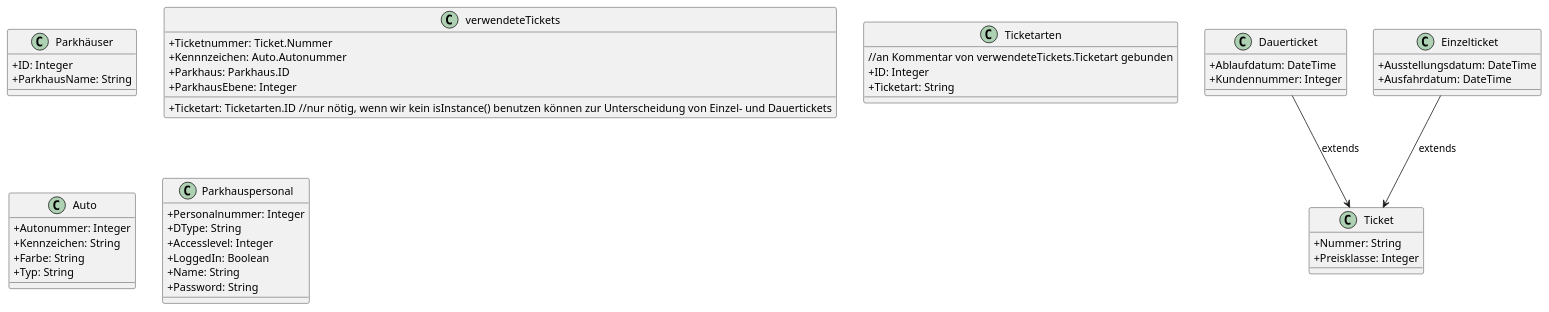
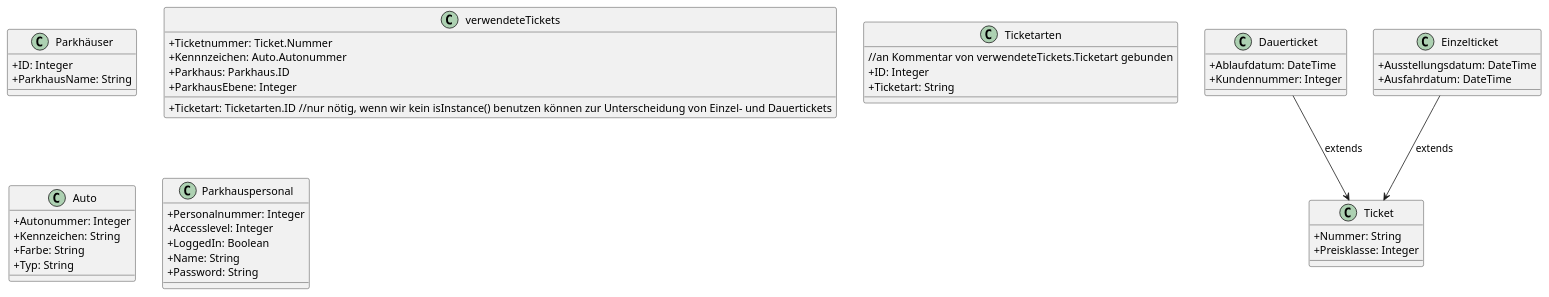
One commit to SilverLous/Software-EngineeringProject changed the diagram in src/main/UML/Datenbankstruktur.puml. Above: the diagram before and after it, drawn with PlantUML.

Commit message:
added Autos and Parkhauspersonal to Datenbankstruktur.puml

```diff
--- a/src/main/UML/Datenbankstruktur.puml
+++ b/src/main/UML/Datenbankstruktur.puml
@@ -1,56 +1,55 @@
 @startuml
 skinparam classAttributeIconSize 0
 
 class Parkhäuser {
   +ID: Integer
   +ParkhausName: String
 }
 
 class Ticket {
   +Nummer: String
   +Preisklasse: Integer
 }
 
 class Dauerticket{
   +Ablaufdatum: DateTime
   +Kundennummer: Integer
 }
 
 class Einzelticket {
   +Ausstellungsdatum: DateTime
   +Ausfahrdatum: DateTime
 }
 
 class verwendeteTickets {
   +Ticketnummer: Ticket.Nummer
   +Ticketart: Ticketarten.ID //nur nötig, wenn wir kein isInstance() benutzen können zur Unterscheidung von Einzel- und Dauertickets
   +Kennnzeichen: Auto.Autonummer
   +Parkhaus: Parkhaus.ID
   +ParkhausEbene: Integer
 }
 
 class Ticketarten {
   //an Kommentar von verwendeteTickets.Ticketart gebunden
   +ID: Integer
   +Ticketart: String
 }
 
 class Auto {
   +Autonummer: Integer
   +Kennzeichen: String
   +Farbe: String
   +Typ: String
 }
 
 class Parkhauspersonal {
   +Personalnummer: Integer
-  +DType: String
   +Accesslevel: Integer
   +LoggedIn: Boolean
   +Name: String
   +Password: String
 }
 
 Dauerticket --> Ticket: extends
 Einzelticket --> Ticket: extends
 @enduml
```
